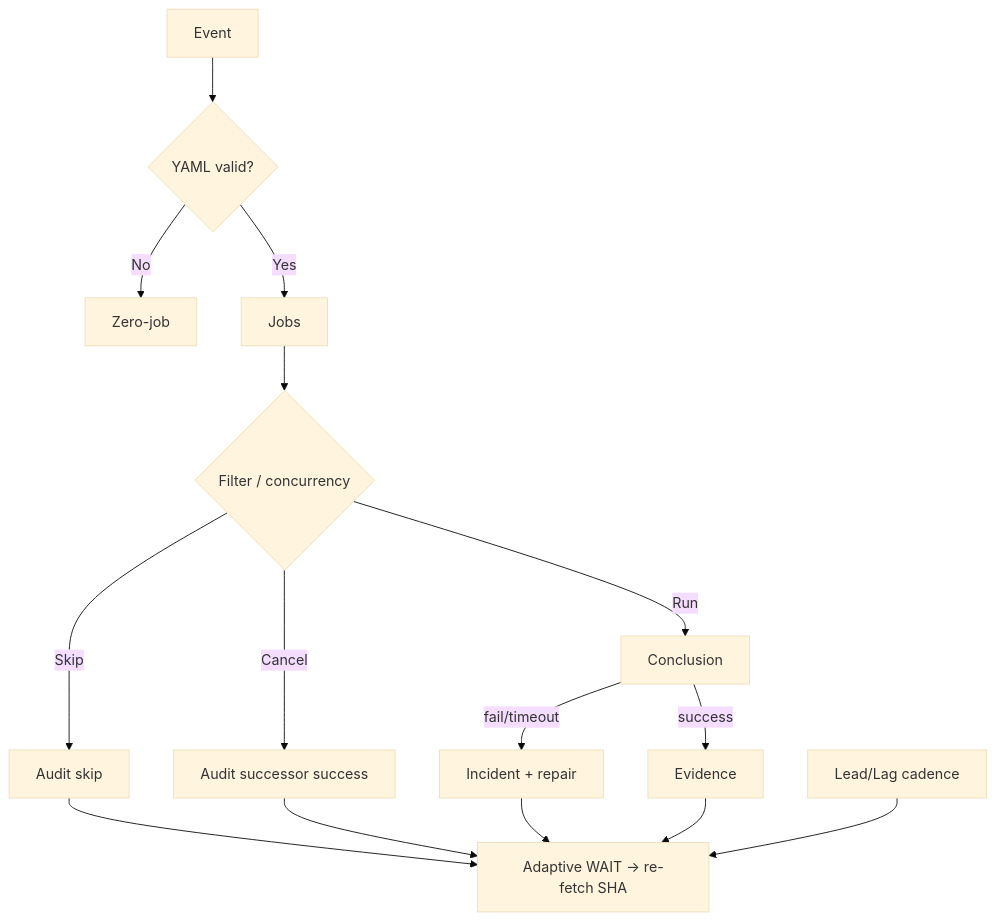
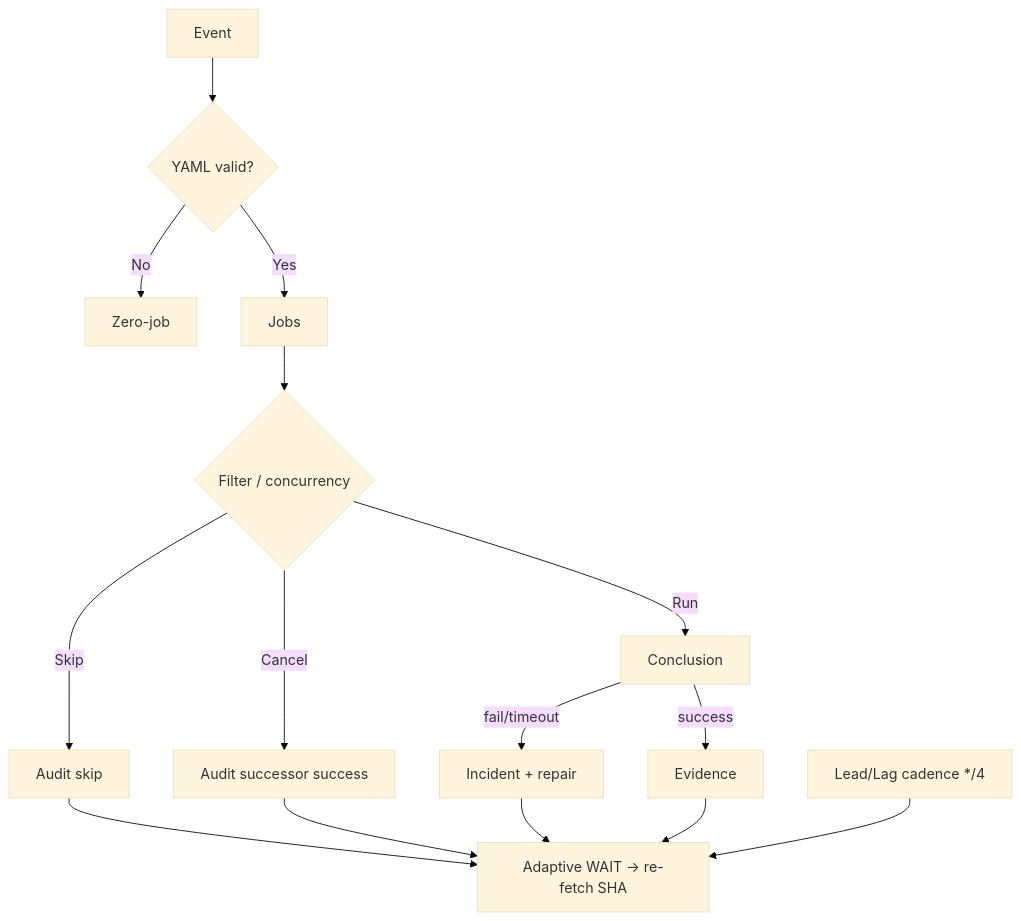
One commit to timerloggedout-spec/termux-monorepo changed the first of 2 diagrams in docs/ops/ACTIONS-WORKFLOWS-MATRIX.md. Above: the diagram before and after it, drawn with Mermaid (base theme). The commit also changed other lines of this file, not shown here.

First line of the commit message:
docs(ops): continuation matrix upgrade — zero-job residual, watcher dispatch-only, cadence */4, test contract aligned

````diff
--- a/docs/ops/ACTIONS-WORKFLOWS-MATRIX.md
+++ b/docs/ops/ACTIONS-WORKFLOWS-MATRIX.md
@@ -98,14 +103,14 @@
 ```mermaid
 flowchart TD
   A[Event] --> B{YAML valid?}
   B -->|No| C[Zero-job]
   B -->|Yes| D[Jobs]
   D --> E{Filter / concurrency}
   E -->|Skip| F[Audit skip]
   E -->|Cancel| G[Audit successor success]
   E -->|Run| H[Conclusion]
   H -->|fail/timeout| I[Incident + repair]
   H -->|success| J[Evidence]
   F & G & I & J --> K[Adaptive WAIT → re-fetch SHA]
-  L[Lead/Lag cadence] --> K
+  L[Lead/Lag cadence */4] --> K
 ```
````
